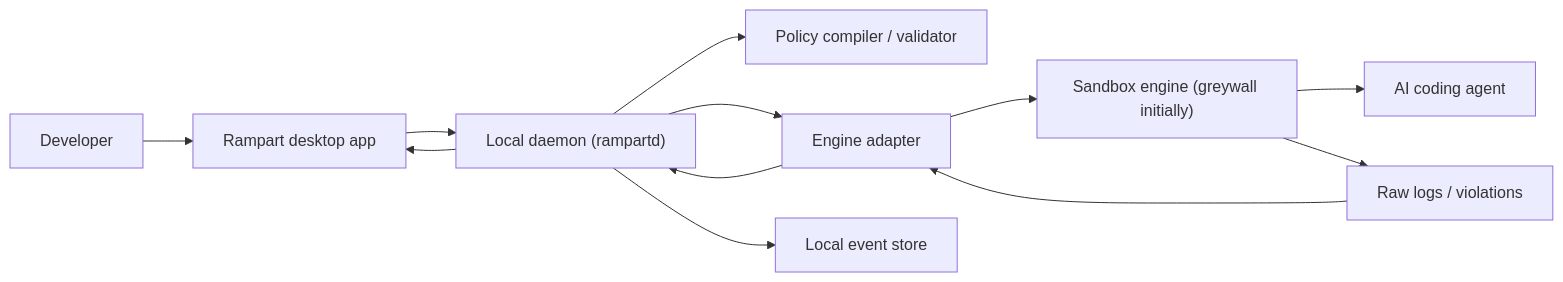
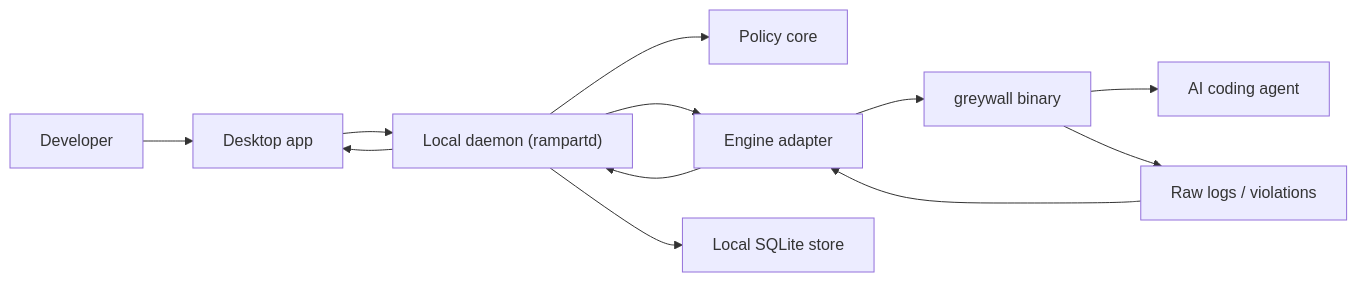
Before and after one commit to aravmdn/rampart: the diagram in docs/architecture.md, drawn with Mermaid. The commit also changed other lines of this file and 4 other files, not shown here.

````diff
--- a/docs/architecture.md
+++ b/docs/architecture.md
@@ -79,14 +59,14 @@
 ```mermaid
 flowchart LR
-    U["Developer"] --> D["Rampart desktop app"]
+    U["Developer"] --> D["Desktop app"]
     D --> R["Local daemon (rampartd)"]
-    R --> P["Policy compiler / validator"]
+    R --> P["Policy core"]
     R --> E["Engine adapter"]
-    E --> G["Sandbox engine (greywall initially)"]
+    E --> G["greywall binary"]
     G --> A["AI coding agent"]
     G --> EV["Raw logs / violations"]
     EV --> E
     E --> R
-    R --> H["Local event store"]
+    R --> S["Local SQLite store"]
     R --> D
 ```
````
